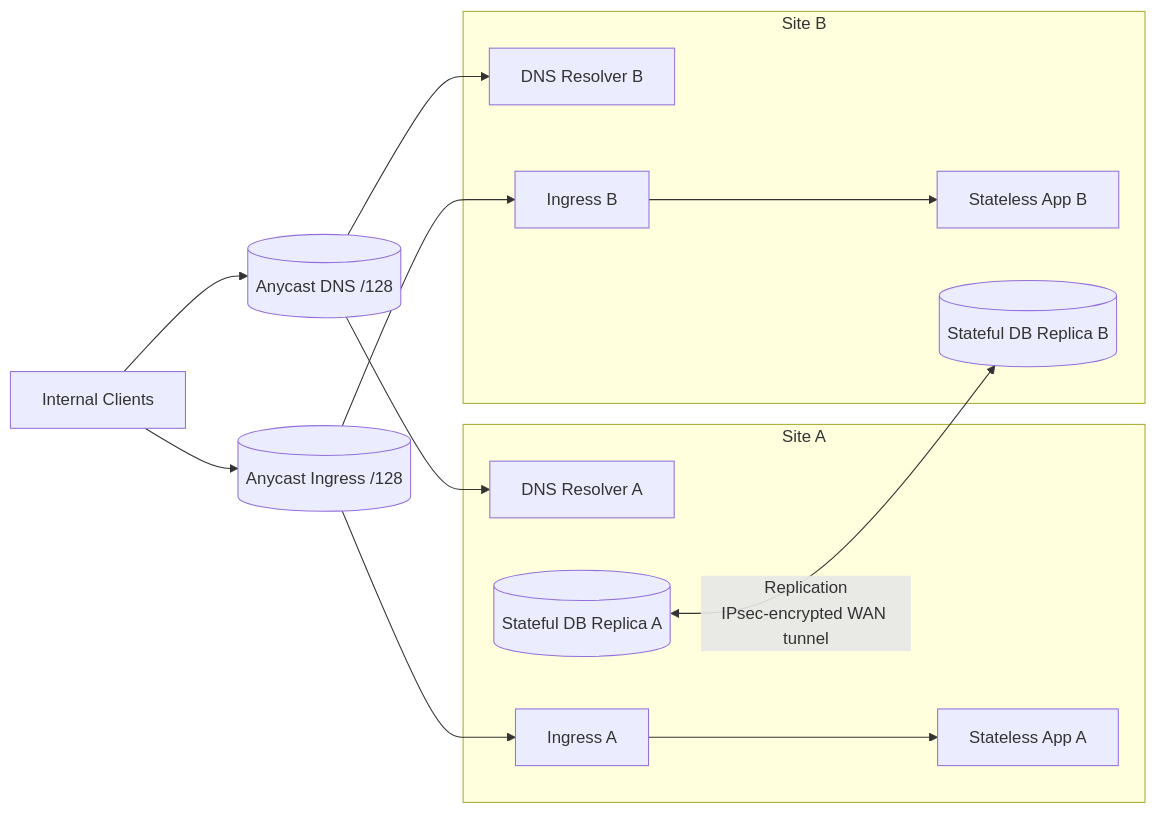
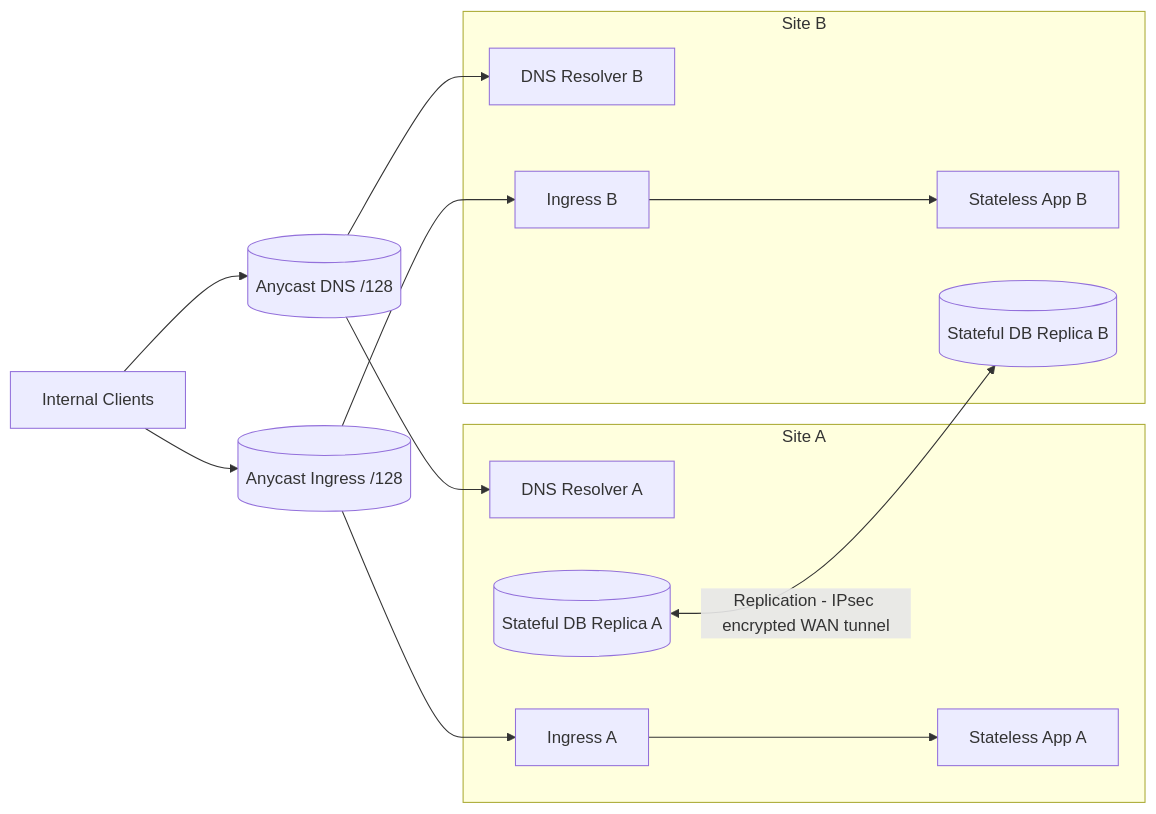
The diagram in network-spanned-dc/docs/03_diagrams/services_anycast.mmd.md (pancakesaregood/distributed-dc), drawn with Mermaid before and after one commit. The commit also changed 8 other files, not shown here.

````diff
--- a/network-spanned-dc/docs/03_diagrams/services_anycast.mmd.md
+++ b/network-spanned-dc/docs/03_diagrams/services_anycast.mmd.md
@@ -3,33 +3,33 @@
 ```mermaid
 graph LR
   U[Internal Clients]
   DNSA[(Anycast DNS /128)]
   ING[(Anycast Ingress /128)]
 
   subgraph S1[Site A]
     DNS1[DNS Resolver A]
     IN1[Ingress A]
     APP1[Stateless App A]
     DB1[(Stateful DB Replica A)]
   end
 
   subgraph S2[Site B]
     DNS2[DNS Resolver B]
     IN2[Ingress B]
     APP2[Stateless App B]
     DB2[(Stateful DB Replica B)]
   end
 
   U --> DNSA
   U --> ING
 
   DNSA --> DNS1
   DNSA --> DNS2
   ING --> IN1
   ING --> IN2
 
   IN1 --> APP1
   IN2 --> APP2
 
-  DB1 <-->|Replication\nIPsec-encrypted WAN tunnel| DB2
+  DB1 <-->|Replication - IPsec encrypted WAN tunnel| DB2
 ```
````
